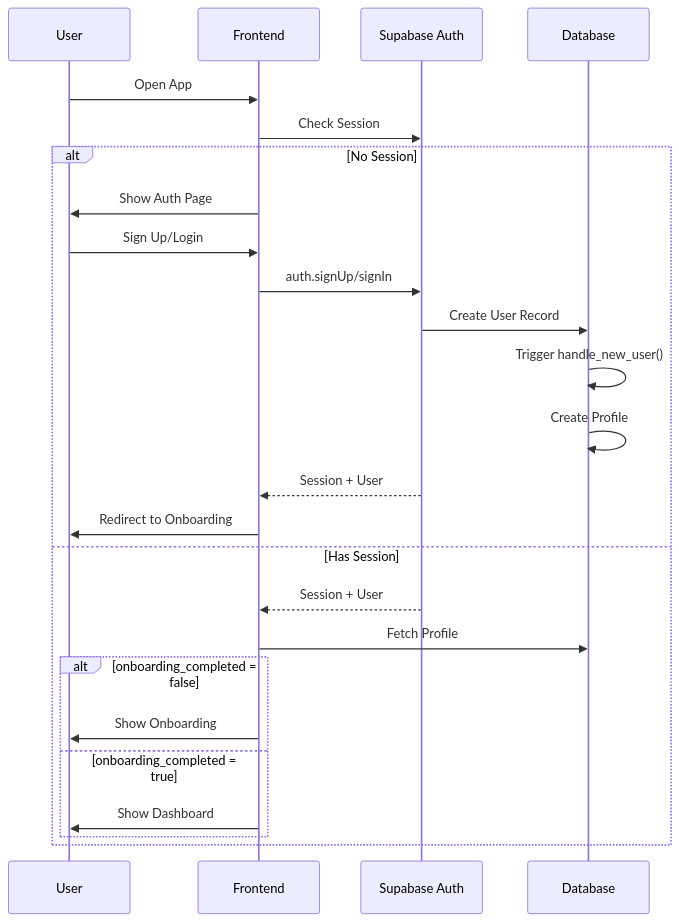
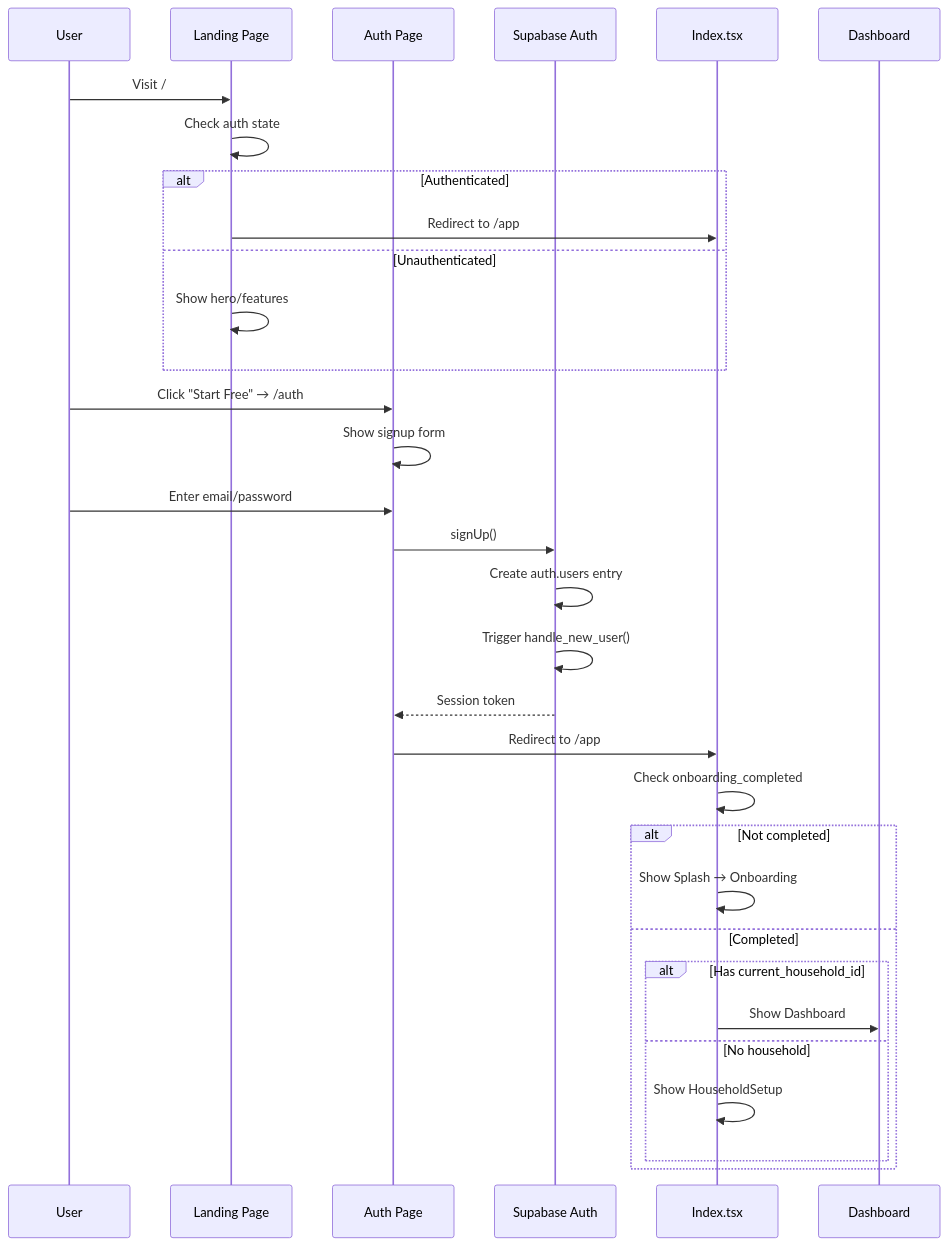
The third of 14 diagrams in MASTER_DOCS.md (Viraj-FG/Techcentral), drawn with Mermaid before and after one commit. The commit also changed other lines of this file, not shown here.

````diff
--- a/MASTER_DOCS.md
+++ b/MASTER_DOCS.md
@@ -534,30 +1118,37 @@
 ```mermaid
 sequenceDiagram
     participant U as User
-    participant F as Frontend
-    participant SA as Supabase Auth
-    participant DB as Database
+    participant L as Landing Page
+    participant A as Auth Page
+    participant S as Supabase Auth
+    participant I as Index.tsx
+    participant D as Dashboard
     
-    U->>F: Open App
-    F->>SA: Check Session
+    U->>L: Visit /
+    L->>L: Check auth state
+    alt Authenticated
+        L->>I: Redirect to /app
+    else Unauthenticated
+        L->>L: Show hero/features
+    end
     
-    alt No Session
-        F->>U: Show Auth Page
-        U->>F: Sign Up/Login
-        F->>SA: auth.signUp/signIn
-        SA->>DB: Create User Record
-        DB->>DB: Trigger handle_new_user()
-        DB->>DB: Create Profile
-        SA-->>F: Session + User
-        F->>U: Redirect to Onboarding
-    else Has Session
-        SA-->>F: Session + User
-        F->>DB: Fetch Profile
-        
-        alt onboarding_completed = false
-            F->>U: Show Onboarding
-        else onboarding_completed = true
-            F->>U: Show Dashboard
+    U->>A: Click "Start Free" → /auth
+    A->>A: Show signup form
+    U->>A: Enter email/password
+    A->>S: signUp()
+    S->>S: Create auth.users entry
+    S->>S: Trigger handle_new_user()
+    S-->>A: Session token
+    A->>I: Redirect to /app
+    
+    I->>I: Check onboarding_completed
+    alt Not completed
+        I->>I: Show Splash → Onboarding
+    else Completed
+        alt Has current_household_id
+            I->>D: Show Dashboard
+        else No household
+            I->>I: Show HouseholdSetup
         end
     end
 ```
````
